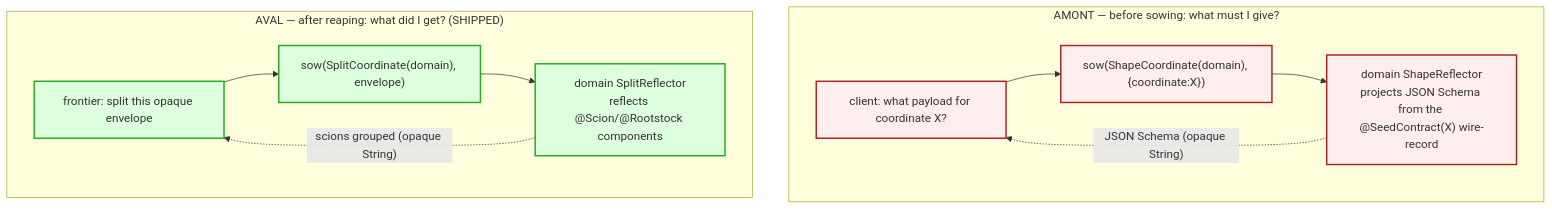
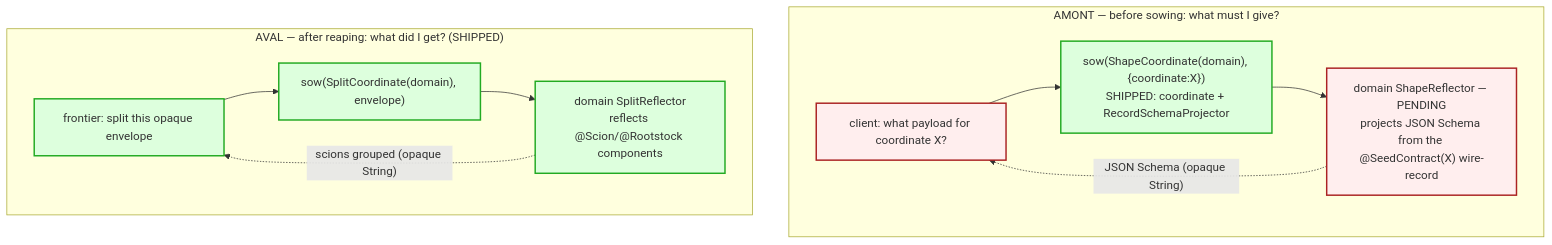
The third of 13 diagrams in docs/architecture/osgi/seed-broker-spec.adoc (nxmatic/rke2lab), drawn with Mermaid before and after one commit. The commit also changed other lines of this file and 1 other file, not shown here.

First line of the commit message:
docs(specs): one file + shape-carved facet; the policy is orphaned live logic

```diff
--- a/docs/architecture/osgi/seed-broker-spec.adoc
+++ b/docs/architecture/osgi/seed-broker-spec.adoc
@@ -194,24 +202,24 @@
 [mermaid]
 ----
 flowchart TB
   subgraph amont["AMONT — before sowing: what must I give?"]
     q1["client: what payload for coordinate X?"]
-    sh["sow(ShapeCoordinate(domain), {coordinate:X})"]
-    shr["domain ShapeReflector<br/>projects JSON Schema from the @SeedContract(X) wire-record"]
+    sh["sow(ShapeCoordinate(domain), {coordinate:X})<br/>SHIPPED: coordinate + RecordSchemaProjector"]
+    shr["domain ShapeReflector — PENDING<br/>projects JSON Schema from the @SeedContract(X) wire-record"]
     q1 --> sh --> shr
     shr -.->|"JSON Schema (opaque String)"| q1
   end
 
   subgraph aval["AVAL — after reaping: what did I get?  (SHIPPED)"]
     q2["frontier: split this opaque envelope"]
     sp["sow(SplitCoordinate(domain), envelope)"]
     spr["domain SplitReflector<br/>reflects @Scion/@Rootstock components"]
     q2 --> sp --> spr
     spr -.->|"scions grouped (opaque String)"| q2
   end
 
   classDef todo fill:#fee,stroke:#a22,stroke-width:2px;
   classDef done fill:#dfd,stroke:#2a2,stroke-width:2px;
-  class q1,sh,shr todo;
-  class q2,sp,spr done;
+  class q1,shr todo;
+  class sh,q2,sp,spr done;
 ----
```
